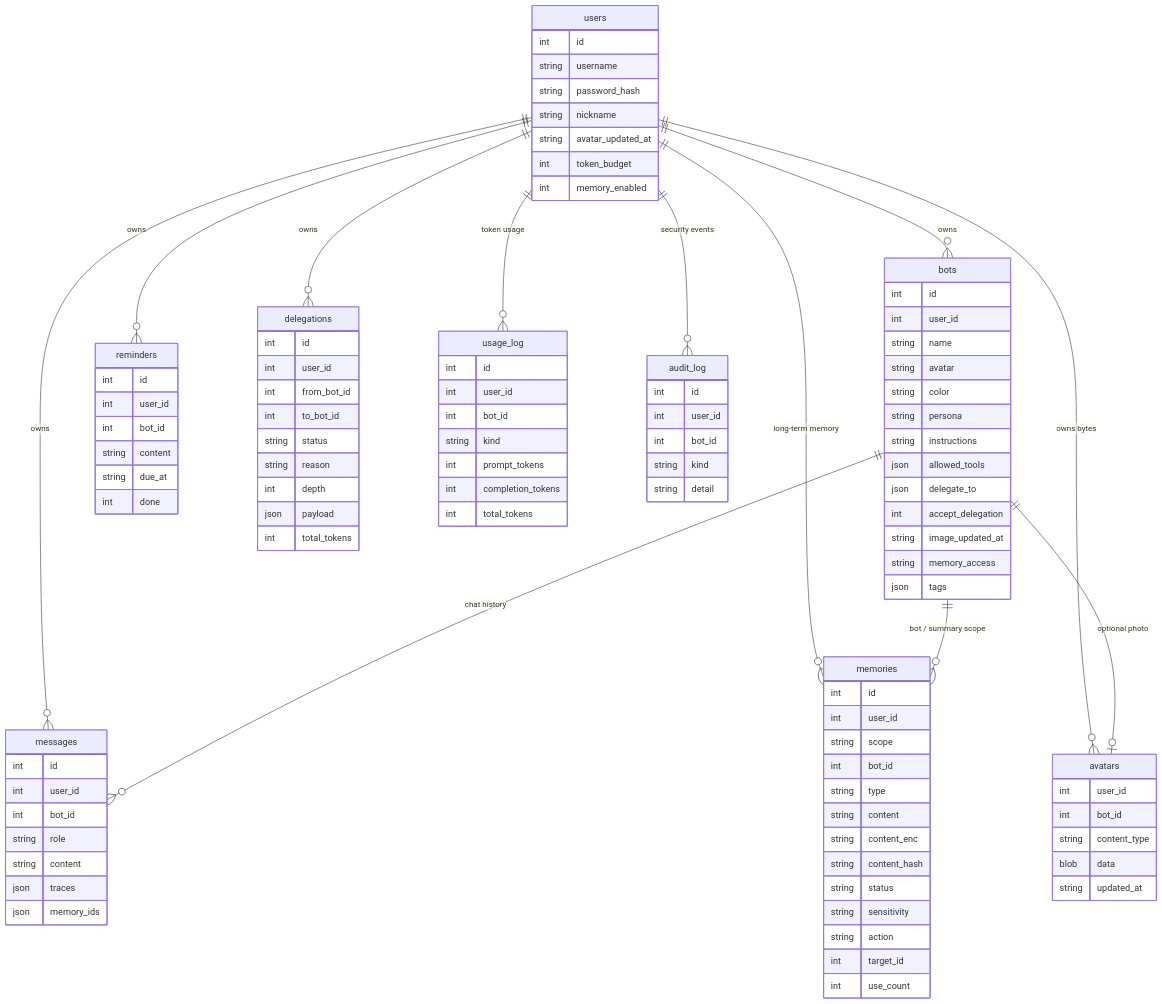
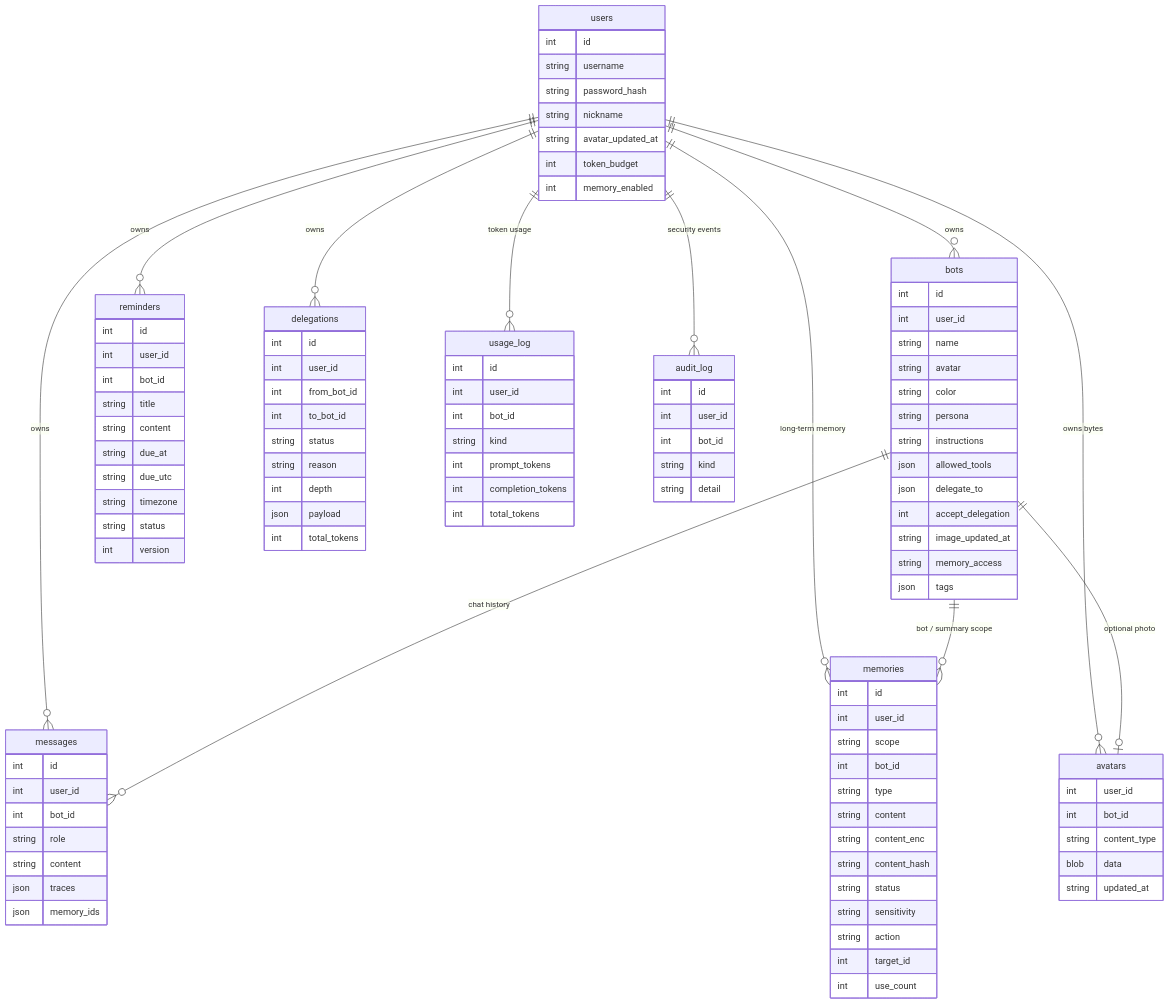
The second of 2 diagrams in docs/design/ARCHITECTURE.md (luisporschewind-ai/VeraBot), drawn with Mermaid before and after one commit. The commit also changed other lines of this file and 62 other files, not shown here.

First line of the commit message:
feat(reminders): add R1 reminder and local notification flow

````diff
--- a/docs/design/ARCHITECTURE.md
+++ b/docs/design/ARCHITECTURE.md
@@ -82,23 +82,23 @@
 ```mermaid
 erDiagram
     users ||--o{ bots : owns
     users ||--o{ messages : owns
     bots ||--o{ messages : "chat history"
     users ||--o{ reminders : owns
     users ||--o{ delegations : owns
     users ||--o{ usage_log : "token usage"
     users ||--o{ audit_log : "security events"
     users ||--o{ avatars : "owns bytes"
     users ||--o{ memories : "long-term memory"
     bots ||--o{ memories : "bot / summary scope"
     bots ||--o| avatars : "optional photo"
     users { int id string username string password_hash string nickname string avatar_updated_at int token_budget int memory_enabled }
     bots { int id int user_id string name string avatar string color string persona string instructions json allowed_tools json delegate_to int accept_delegation string image_updated_at string memory_access json tags }
     avatars { int user_id int bot_id string content_type blob data string updated_at }
     messages { int id int user_id int bot_id string role string content json traces json memory_ids }
     memories { int id int user_id string scope int bot_id string type string content string content_enc string content_hash string status string sensitivity string action int target_id int use_count }
-    reminders { int id int user_id int bot_id string content string due_at int done }
+    reminders { int id int user_id int bot_id string title string content string due_at string due_utc string timezone string status int version }
     delegations { int id int user_id int from_bot_id int to_bot_id string status string reason int depth json payload int total_tokens }
     usage_log { int id int user_id int bot_id string kind int prompt_tokens int completion_tokens int total_tokens }
     audit_log { int id int user_id int bot_id string kind string detail }
 ```
````
